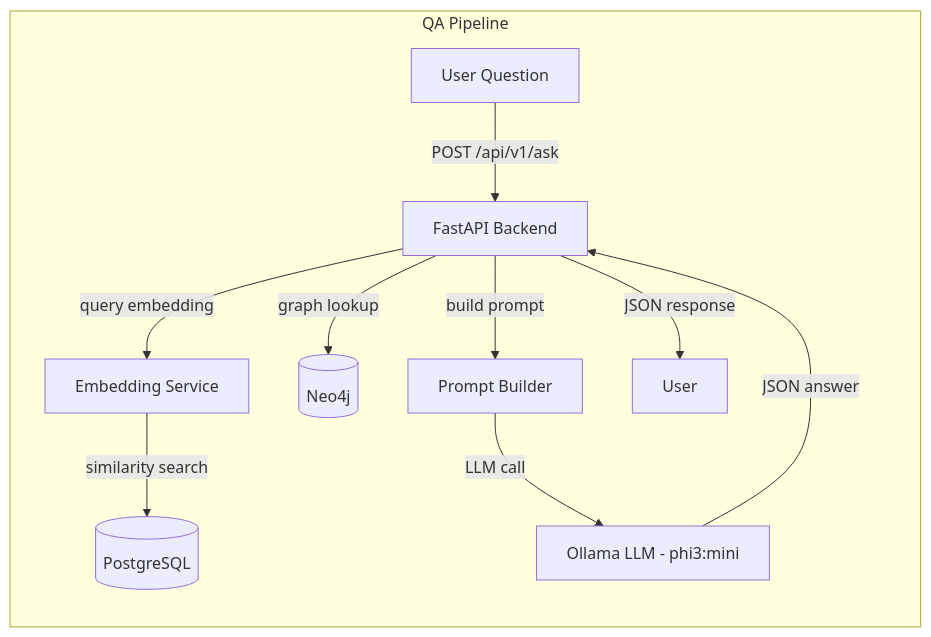
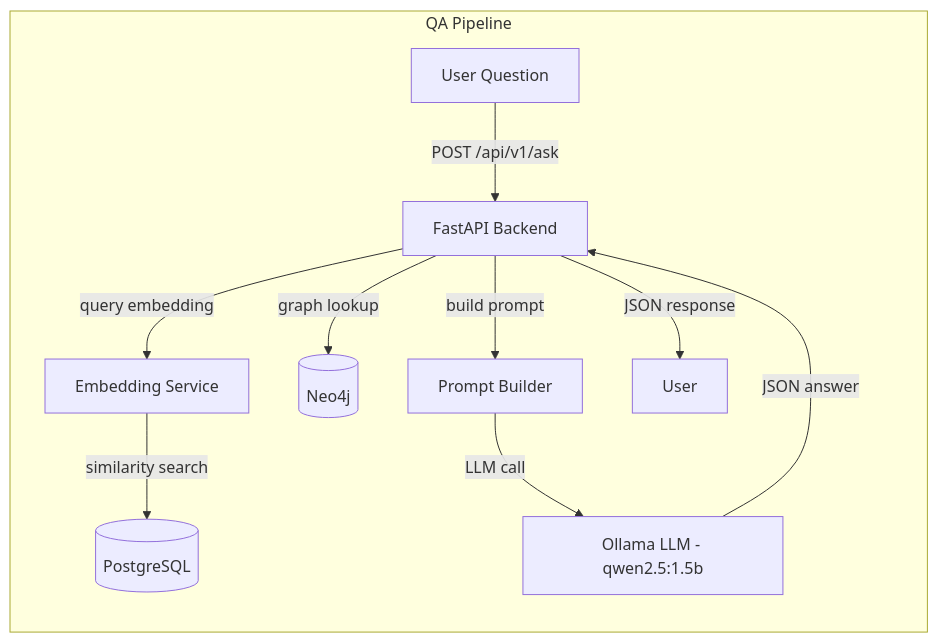
One commit to LaibaFirdouse/Repona changed the second of 2 diagrams in ARCHITECTURE.md. Above: the diagram before and after it, drawn with Mermaid. The commit also changed other lines of this file and 3 other files, not shown here.

````diff
--- a/ARCHITECTURE.md
+++ b/ARCHITECTURE.md
@@ -41,13 +41,13 @@
 ```mermaid
 flowchart LR
   subgraph QA Pipeline
     Q[User Question] -->|POST /api/v1/ask| API[FastAPI Backend]
     API -->|query embedding| EB[Embedding Service]
     EB -->|similarity search| Postgres[(PostgreSQL)]
     API -->|graph lookup| Neo4j[(Neo4j)]
     API -->|build prompt| PB[Prompt Builder]
-    PB -->|LLM call| LLM[Ollama LLM - phi3:mini]
+    PB -->|LLM call| LLM[Ollama LLM - qwen2.5:1.5b]
     LLM -->|JSON answer| API
     API -->|JSON response| U[User]
   end
 ```
````
